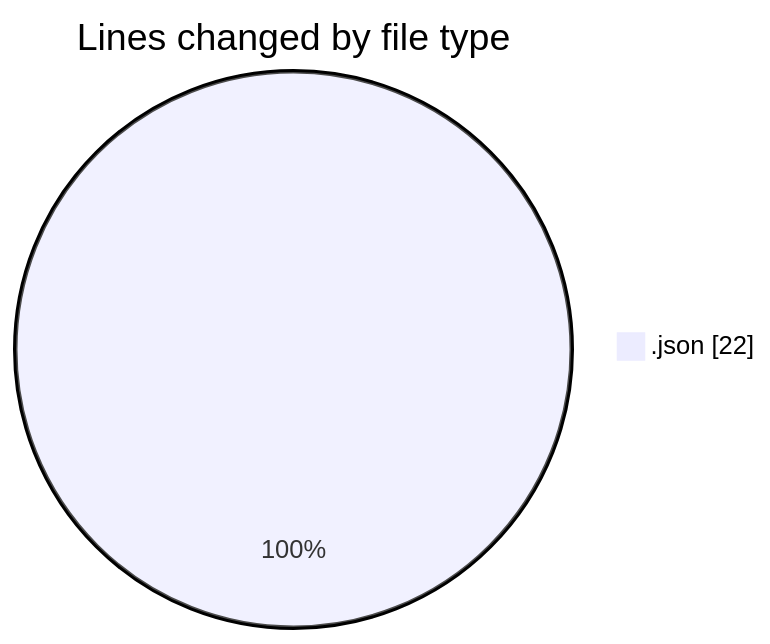
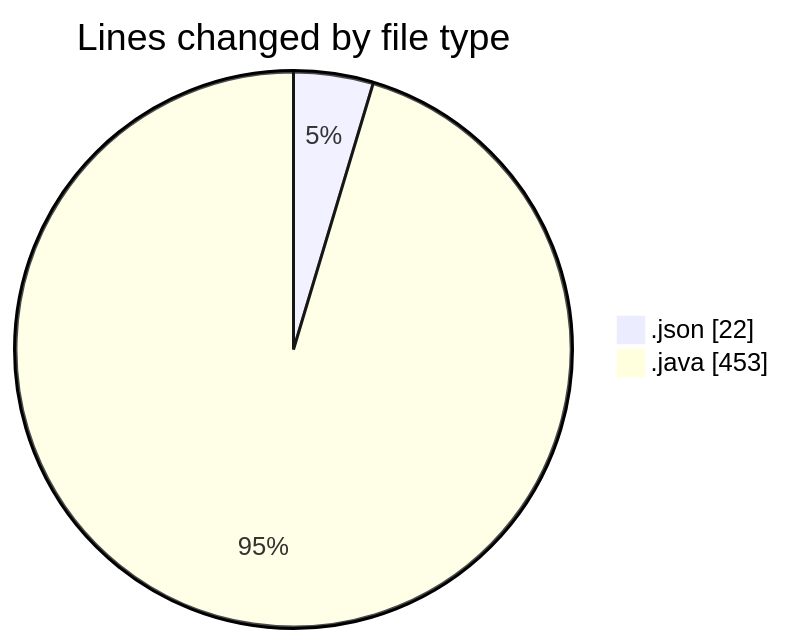
One commit to charlie-sans/code-tracking changed the first of 2 diagrams in 2025-02-23/codepack/README.md. Above: the diagram before and after it, drawn with Mermaid. The commit also changed other lines of this file and 1 other file, not shown here.

````diff
--- a/2025-02-23/codepack/README.md
+++ b/2025-02-23/codepack/README.md
@@ -20,5 +21,6 @@
 ```mermaid
 pie showData
 title Lines changed by file type
 ".json" : 22
+".java" : 453
 ```
````
